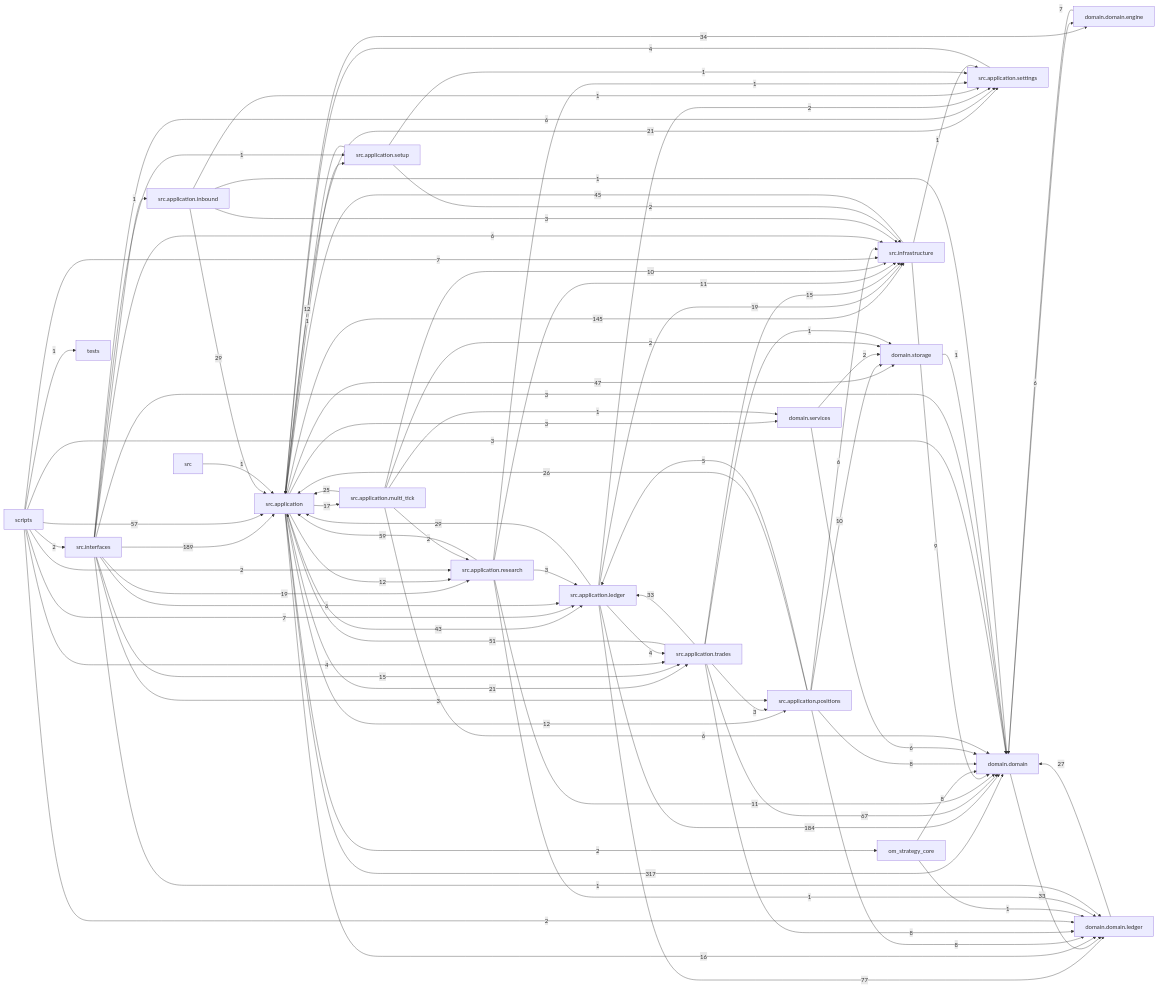
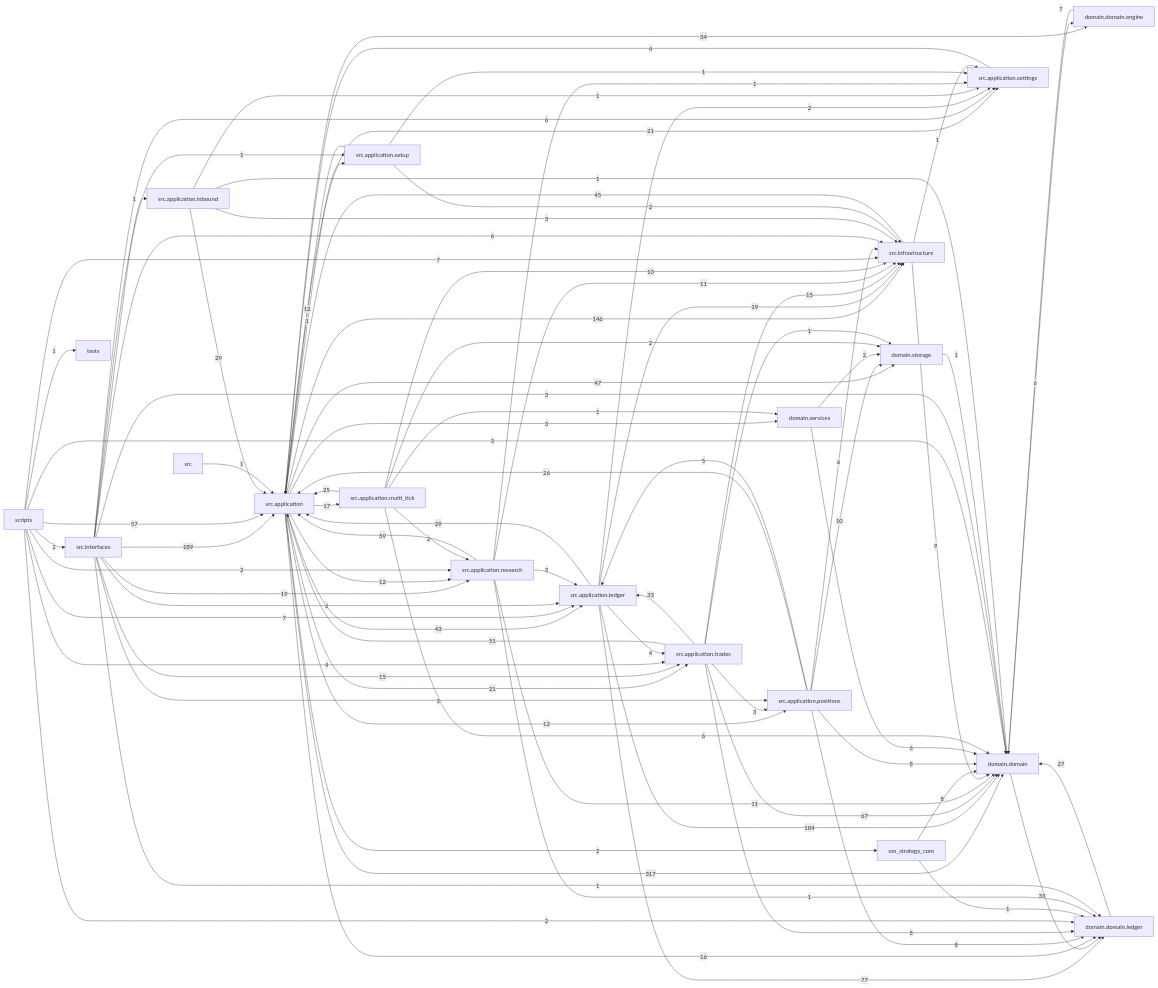
The diagram in docs/dependency_graph.mmd (liuxie066/options-monitor), drawn with Mermaid before and after one commit. The commit also changed 3 other files, not shown here.

```diff
--- a/docs/dependency_graph.mmd
+++ b/docs/dependency_graph.mmd
@@ -1,87 +1,87 @@
 flowchart LR
   src_application["src.application"] -->|317| domain_domain["domain.domain"]
   src_interfaces["src.interfaces"] -->|189| src_application["src.application"]
   src_application_ledger["src.application.ledger"] -->|184| domain_domain["domain.domain"]
-  src_application["src.application"] -->|145| src_infrastructure["src.infrastructure"]
+  src_application["src.application"] -->|146| src_infrastructure["src.infrastructure"]
   src_application_ledger["src.application.ledger"] -->|77| domain_domain_ledger["domain.domain.ledger"]
   src_application_trades["src.application.trades"] -->|67| domain_domain["domain.domain"]
   src_application_research["src.application.research"] -->|59| src_application["src.application"]
   scripts["scripts"] -->|57| src_application["src.application"]
   src_application_trades["src.application.trades"] -->|51| src_application["src.application"]
   src_application["src.application"] -->|47| domain_storage["domain.storage"]
   src_infrastructure["src.infrastructure"] -->|45| src_application["src.application"]
   src_application["src.application"] -->|43| src_application_ledger["src.application.ledger"]
   src_application["src.application"] -->|34| domain_domain_engine["domain.domain.engine"]
   domain_domain["domain.domain"] -->|33| domain_domain_ledger["domain.domain.ledger"]
   src_application_trades["src.application.trades"] -->|33| src_application_ledger["src.application.ledger"]
   src_application_inbound["src.application.inbound"] -->|29| src_application["src.application"]
   src_application_ledger["src.application.ledger"] -->|29| src_application["src.application"]
   domain_domain_ledger["domain.domain.ledger"] -->|27| domain_domain["domain.domain"]
   src_application_positions["src.application.positions"] -->|26| src_application["src.application"]
   src_application_multi_tick["src.application.multi_tick"] -->|25| src_application["src.application"]
   src_application["src.application"] -->|21| src_application_settings["src.application.settings"]
   src_application["src.application"] -->|21| src_application_trades["src.application.trades"]
   src_application_ledger["src.application.ledger"] -->|19| src_infrastructure["src.infrastructure"]
   src_interfaces["src.interfaces"] -->|19| src_application_research["src.application.research"]
   src_application["src.application"] -->|17| src_application_multi_tick["src.application.multi_tick"]
   src_application["src.application"] -->|16| domain_domain_ledger["domain.domain.ledger"]
   src_application_trades["src.application.trades"] -->|15| src_infrastructure["src.infrastructure"]
   src_interfaces["src.interfaces"] -->|15| src_application_trades["src.application.trades"]
   src_application["src.application"] -->|12| src_application_positions["src.application.positions"]
   src_application["src.application"] -->|12| src_application_research["src.application.research"]
   src_application_setup["src.application.setup"] -->|12| src_application["src.application"]
   src_application_research["src.application.research"] -->|11| domain_domain["domain.domain"]
   src_application_research["src.application.research"] -->|11| src_infrastructure["src.infrastructure"]
   src_application_multi_tick["src.application.multi_tick"] -->|10| src_infrastructure["src.infrastructure"]
   src_application_positions["src.application.positions"] -->|10| domain_storage["domain.storage"]
   src_infrastructure["src.infrastructure"] -->|9| domain_domain["domain.domain"]
   om_strategy_core["om_strategy_core"] -->|8| domain_domain["domain.domain"]
   src_application_positions["src.application.positions"] -->|8| domain_domain["domain.domain"]
   src_application_positions["src.application.positions"] -->|8| domain_domain_ledger["domain.domain.ledger"]
   src_application_trades["src.application.trades"] -->|8| domain_domain_ledger["domain.domain.ledger"]
   domain_domain_engine["domain.domain.engine"] -->|7| domain_domain["domain.domain"]
   scripts["scripts"] -->|7| src_application_ledger["src.application.ledger"]
   scripts["scripts"] -->|7| src_infrastructure["src.infrastructure"]
   domain_domain["domain.domain"] -->|6| domain_domain_engine["domain.domain.engine"]
   domain_services["domain.services"] -->|6| domain_domain["domain.domain"]
   src_application_multi_tick["src.application.multi_tick"] -->|6| domain_domain["domain.domain"]
   src_application_positions["src.application.positions"] -->|6| src_infrastructure["src.infrastructure"]
   src_interfaces["src.interfaces"] -->|6| src_application_ledger["src.application.ledger"]
   src_interfaces["src.interfaces"] -->|6| src_application_settings["src.application.settings"]
   src_interfaces["src.interfaces"] -->|6| src_infrastructure["src.infrastructure"]
   src_application_positions["src.application.positions"] -->|5| src_application_ledger["src.application.ledger"]
   scripts["scripts"] -->|4| src_application_trades["src.application.trades"]
   src_application_ledger["src.application.ledger"] -->|4| src_application_trades["src.application.trades"]
   src_application_settings["src.application.settings"] -->|4| src_application["src.application"]
   scripts["scripts"] -->|3| domain_domain["domain.domain"]
   src_application["src.application"] -->|3| domain_services["domain.services"]
   src_application_inbound["src.application.inbound"] -->|3| src_infrastructure["src.infrastructure"]
   src_application_research["src.application.research"] -->|3| src_application_ledger["src.application.ledger"]
   src_application_trades["src.application.trades"] -->|3| src_application_positions["src.application.positions"]
   src_interfaces["src.interfaces"] -->|3| domain_domain["domain.domain"]
   src_interfaces["src.interfaces"] -->|3| src_application_positions["src.application.positions"]
   domain_services["domain.services"] -->|2| domain_storage["domain.storage"]
   scripts["scripts"] -->|2| domain_domain_ledger["domain.domain.ledger"]
   scripts["scripts"] -->|2| src_application_research["src.application.research"]
   scripts["scripts"] -->|2| src_interfaces["src.interfaces"]
   src_application["src.application"] -->|2| om_strategy_core["om_strategy_core"]
   src_application_ledger["src.application.ledger"] -->|2| src_application_settings["src.application.settings"]
   src_application_multi_tick["src.application.multi_tick"] -->|2| domain_storage["domain.storage"]
   src_application_multi_tick["src.application.multi_tick"] -->|2| src_application_research["src.application.research"]
   src_application_setup["src.application.setup"] -->|2| src_infrastructure["src.infrastructure"]
   domain_storage["domain.storage"] -->|1| domain_domain["domain.domain"]
   om_strategy_core["om_strategy_core"] -->|1| domain_domain_ledger["domain.domain.ledger"]
   scripts["scripts"] -->|1| tests["tests"]
   src["src"] -->|1| src_application["src.application"]
   src_application["src.application"] -->|1| src_application_setup["src.application.setup"]
   src_application_inbound["src.application.inbound"] -->|1| domain_domain["domain.domain"]
   src_application_inbound["src.application.inbound"] -->|1| src_application_settings["src.application.settings"]
   src_application_multi_tick["src.application.multi_tick"] -->|1| domain_services["domain.services"]
   src_application_research["src.application.research"] -->|1| domain_domain_ledger["domain.domain.ledger"]
   src_application_research["src.application.research"] -->|1| src_application_settings["src.application.settings"]
   src_application_setup["src.application.setup"] -->|1| src_application_settings["src.application.settings"]
   src_application_trades["src.application.trades"] -->|1| domain_storage["domain.storage"]
   src_infrastructure["src.infrastructure"] -->|1| src_application_settings["src.application.settings"]
   src_interfaces["src.interfaces"] -->|1| domain_domain_ledger["domain.domain.ledger"]
   src_interfaces["src.interfaces"] -->|1| src_application_inbound["src.application.inbound"]
   src_interfaces["src.interfaces"] -->|1| src_application_setup["src.application.setup"]
```
